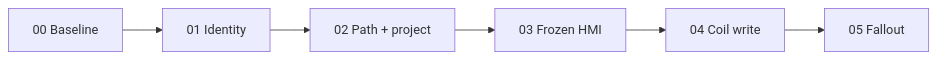
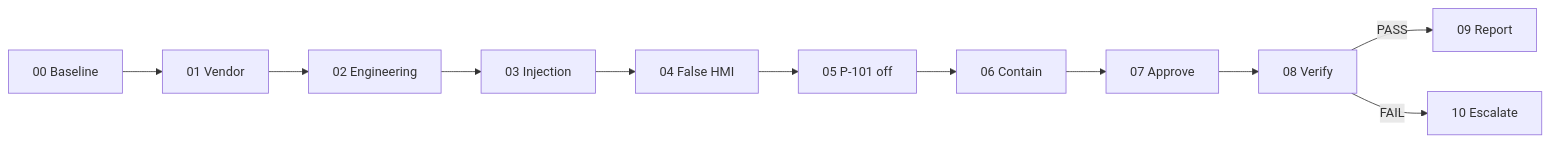
One commit to Lrd0036/google changed the first of 3 diagrams in experience/royal-duke/README.md. Above: the diagram before and after it, drawn with Mermaid. The commit also changed other lines of this file and 18 other files, not shown here.

````diff
--- a/experience/royal-duke/README.md
+++ b/experience/royal-duke/README.md
@@ -111,8 +120,8 @@
 ```mermaid
 flowchart LR
-  A["00 Baseline"] --> B["01 Identity"]
-  B --> C["02 Path + project"]
-  C --> D["03 Frozen HMI"]
-  D --> E["04 Coil write"]
-  E --> F["05 Fallout"]
+  A["00 Baseline"] --> B["01 Vendor"] --> C["02 Engineering"]
+  C --> D["03 Injection"] --> E["04 False HMI"] --> F["05 P-101 off"]
+  F --> G["06 Contain"] --> H["07 Approve"] --> I["08 Verify"]
+  I -->|PASS| J["09 Report"]
+  I -->|FAIL| K["10 Escalate"]
 ```
````
